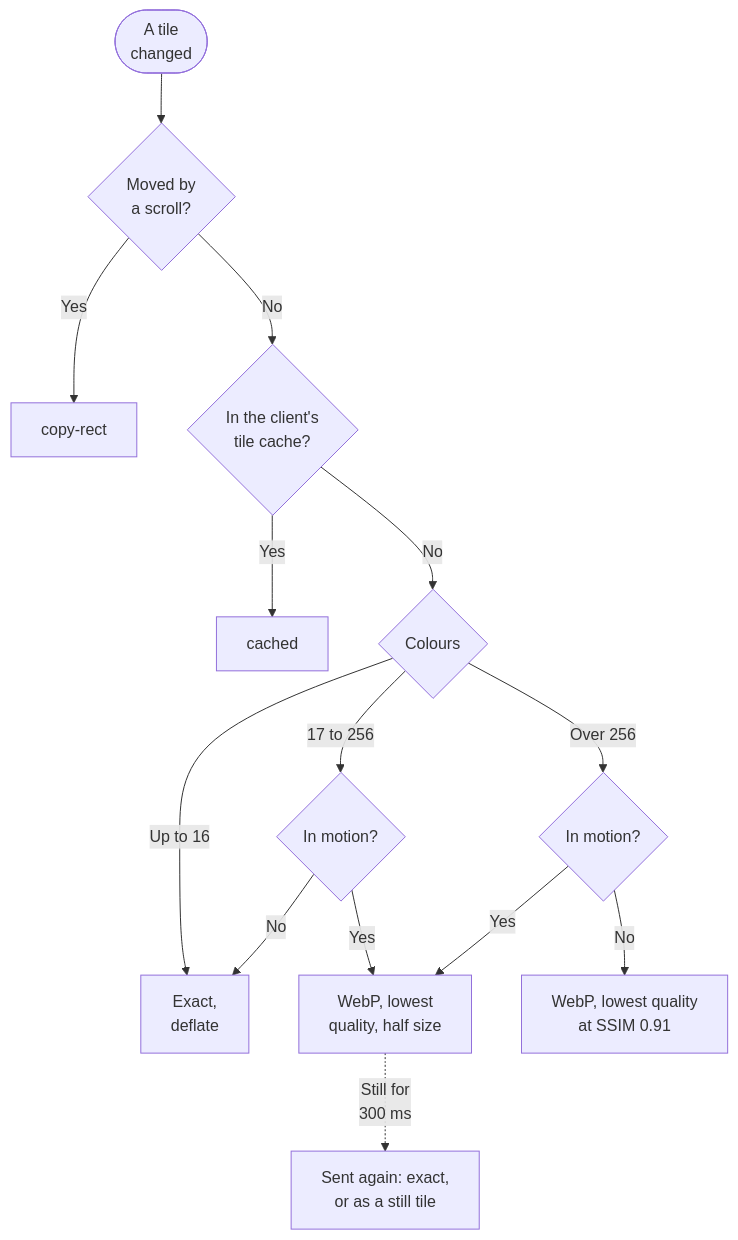
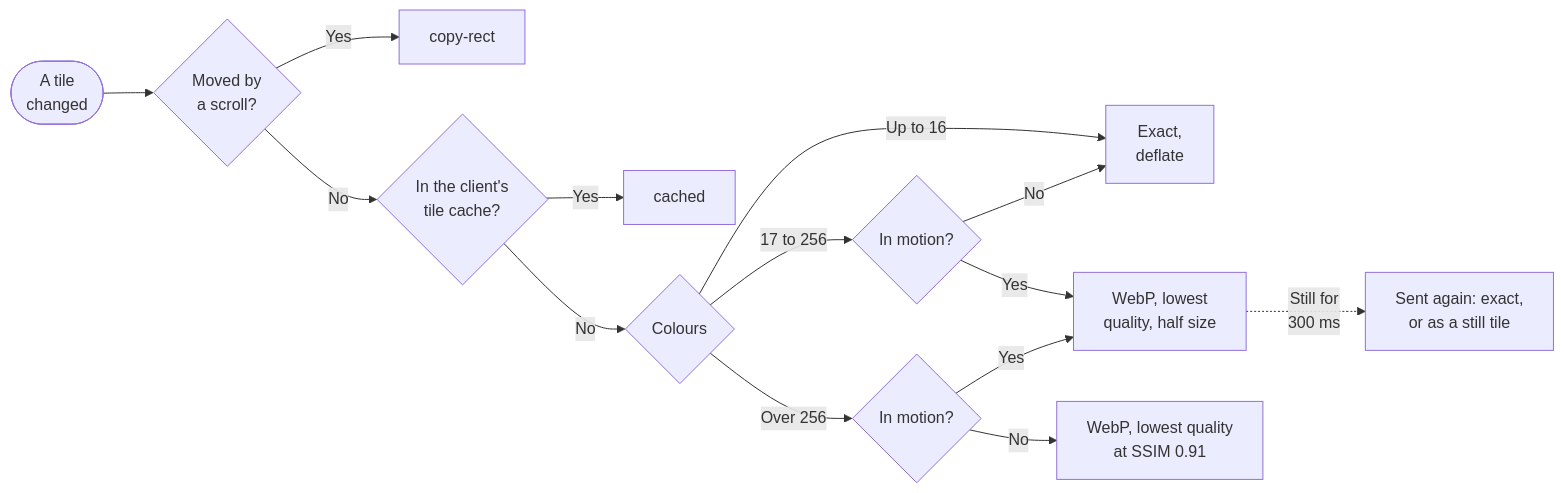
Before and after one commit to changkun/occamy: the diagram in docs/benchmarks/codecs.md, drawn with Mermaid. The commit also changed 7 other files, not shown here.

First line of the commit message:
docs: lay the decision charts out left to right, and name the file occamy.yaml in the deploy figure

````diff
--- a/docs/benchmarks/codecs.md
+++ b/docs/benchmarks/codecs.md
@@ -14,16 +14,16 @@
 ```mermaid
-flowchart TD
+flowchart LR
   A([A tile<br/>changed]) --> B{Moved by<br/>a scroll?}
   B -- Yes --> C[copy-rect]
   B -- No --> D{In the client's<br/>tile cache?}
   D -- Yes --> E[cached]
   D -- No --> F{Colours}
   F -- Up to 16 --> G[Exact,<br/>deflate]
   F -- 17 to 256 --> H{In motion?}
   F -- Over 256 --> I{In motion?}
   H -- No --> G
   H -- Yes --> J[WebP, lowest<br/>quality, half size]
   I -- Yes --> J
   I -- No --> K[WebP, lowest quality<br/>at SSIM 0.91]
   J -. Still for<br/>300 ms .-> L[Sent again: exact,<br/>or as a still tile]
 ```
````
